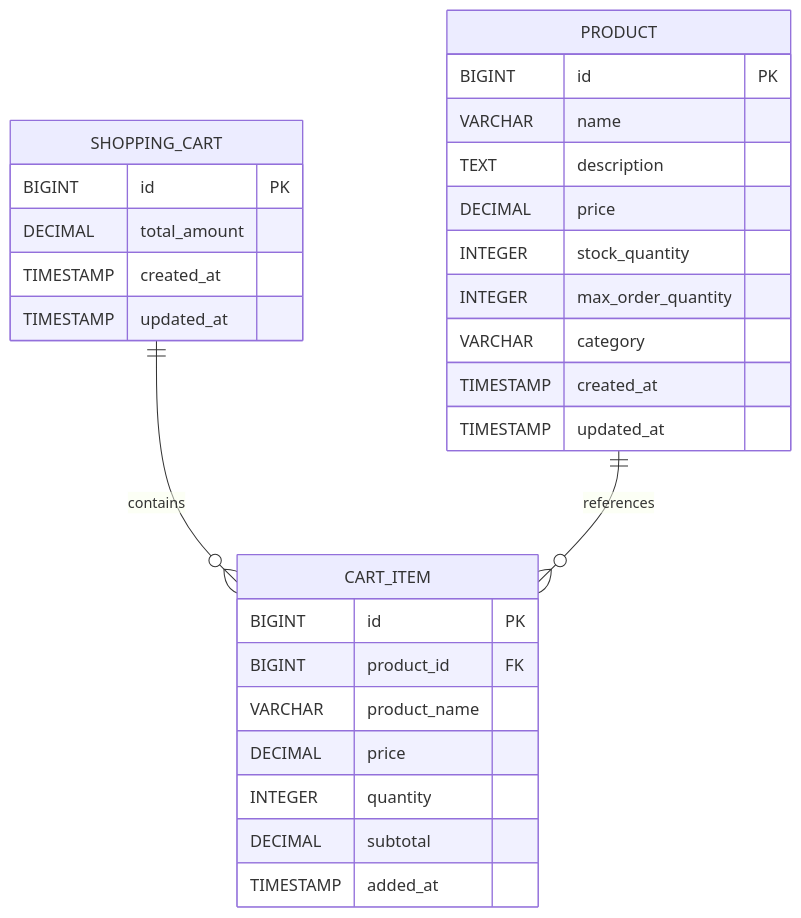
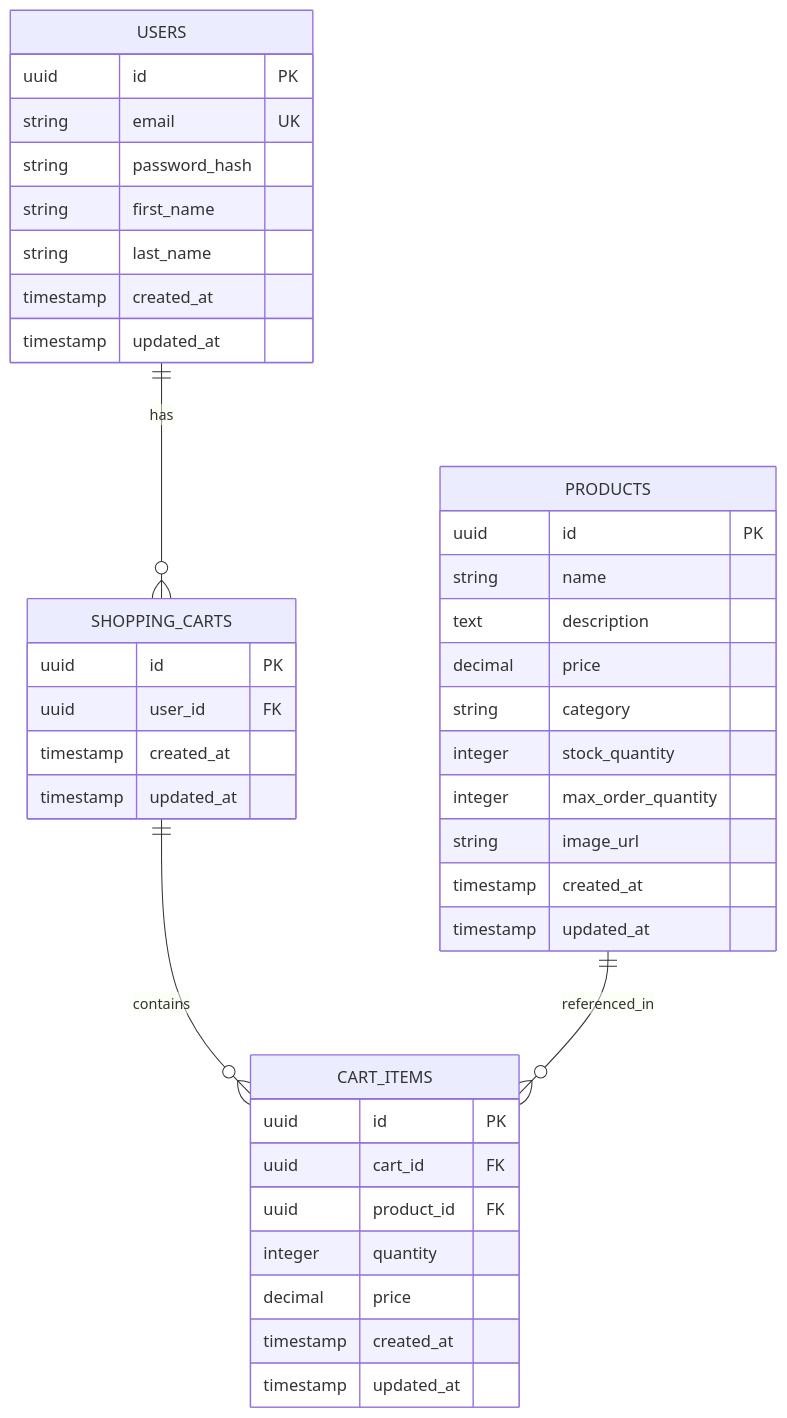
One commit to NavneetBN47/aava-ecom-demo changed the third of 5 diagrams in docs/LLD/lld.md. Above: the diagram before and after it, drawn with Mermaid. The commit also changed other lines of this file, not shown here.

````diff
--- a/docs/LLD/lld.md
+++ b/docs/LLD/lld.md
@@ -179,34 +1333,46 @@
 ```mermaid
 erDiagram
-    PRODUCT {
-        BIGINT id PK
-        VARCHAR name
-        TEXT description
-        DECIMAL price
-        INTEGER stock_quantity
-        INTEGER max_order_quantity
-        VARCHAR category
-        TIMESTAMP created_at
-        TIMESTAMP updated_at
+    USERS ||--o{ SHOPPING_CARTS : has
+    SHOPPING_CARTS ||--o{ CART_ITEMS : contains
+    PRODUCTS ||--o{ CART_ITEMS : referenced_in
+    
+    USERS {
+        uuid id PK
+        string email UK
+        string password_hash
+        string first_name
+        string last_name
+        timestamp created_at
+        timestamp updated_at
     }
-
-    CART_ITEM {
-        BIGINT id PK
-        BIGINT product_id FK
-        VARCHAR product_name
-        DECIMAL price
-        INTEGER quantity
-        DECIMAL subtotal
-        TIMESTAMP added_at
+    
+    PRODUCTS {
+        uuid id PK
+        string name
+        text description
+        decimal price
+        string category
+        integer stock_quantity
+        integer max_order_quantity
+        string image_url
+        timestamp created_at
+        timestamp updated_at
     }
-
-    SHOPPING_CART {
-        BIGINT id PK
-        DECIMAL total_amount
-        TIMESTAMP created_at
-        TIMESTAMP updated_at
+    
+    SHOPPING_CARTS {
+        uuid id PK
+        uuid user_id FK
+        timestamp created_at
+        timestamp updated_at
     }
-
-    SHOPPING_CART ||--o{ CART_ITEM : contains
-    PRODUCT ||--o{ CART_ITEM : references
+    
+    CART_ITEMS {
+        uuid id PK
+        uuid cart_id FK
+        uuid product_id FK
+        integer quantity
+        decimal price
+        timestamp created_at
+        timestamp updated_at
+    }
 ```
````
